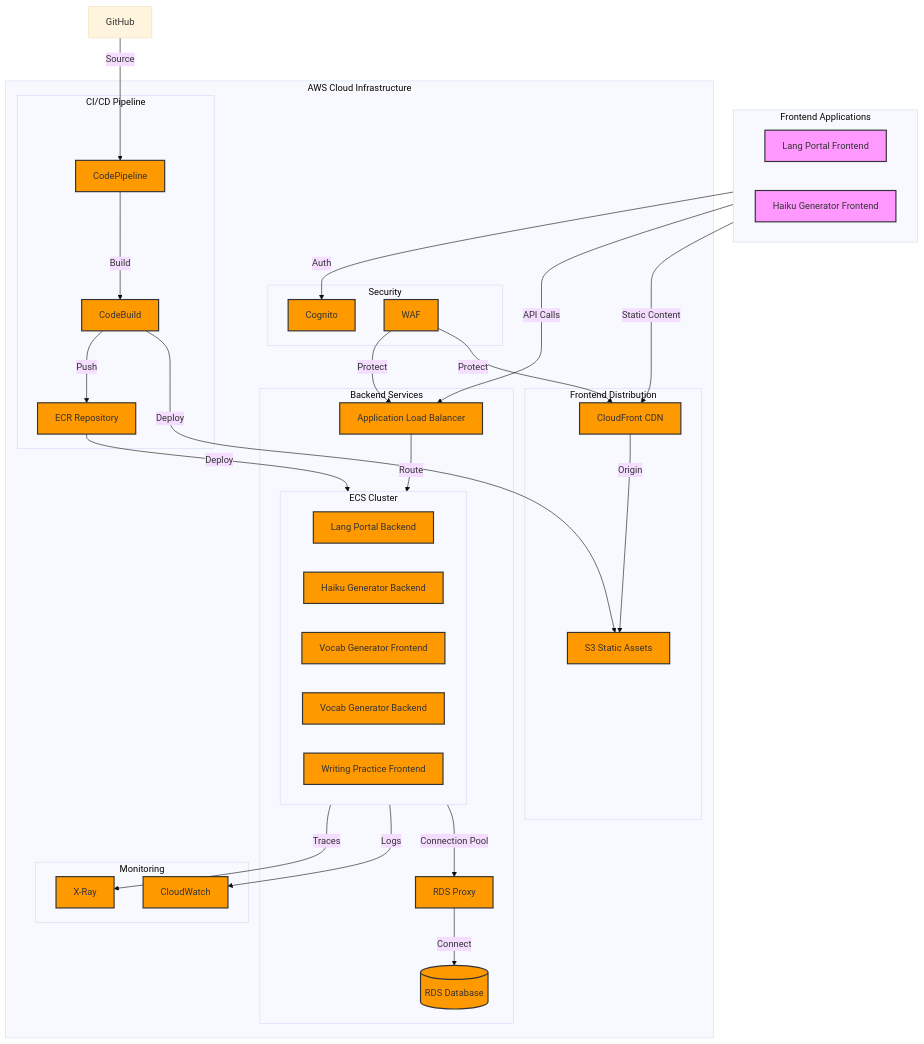
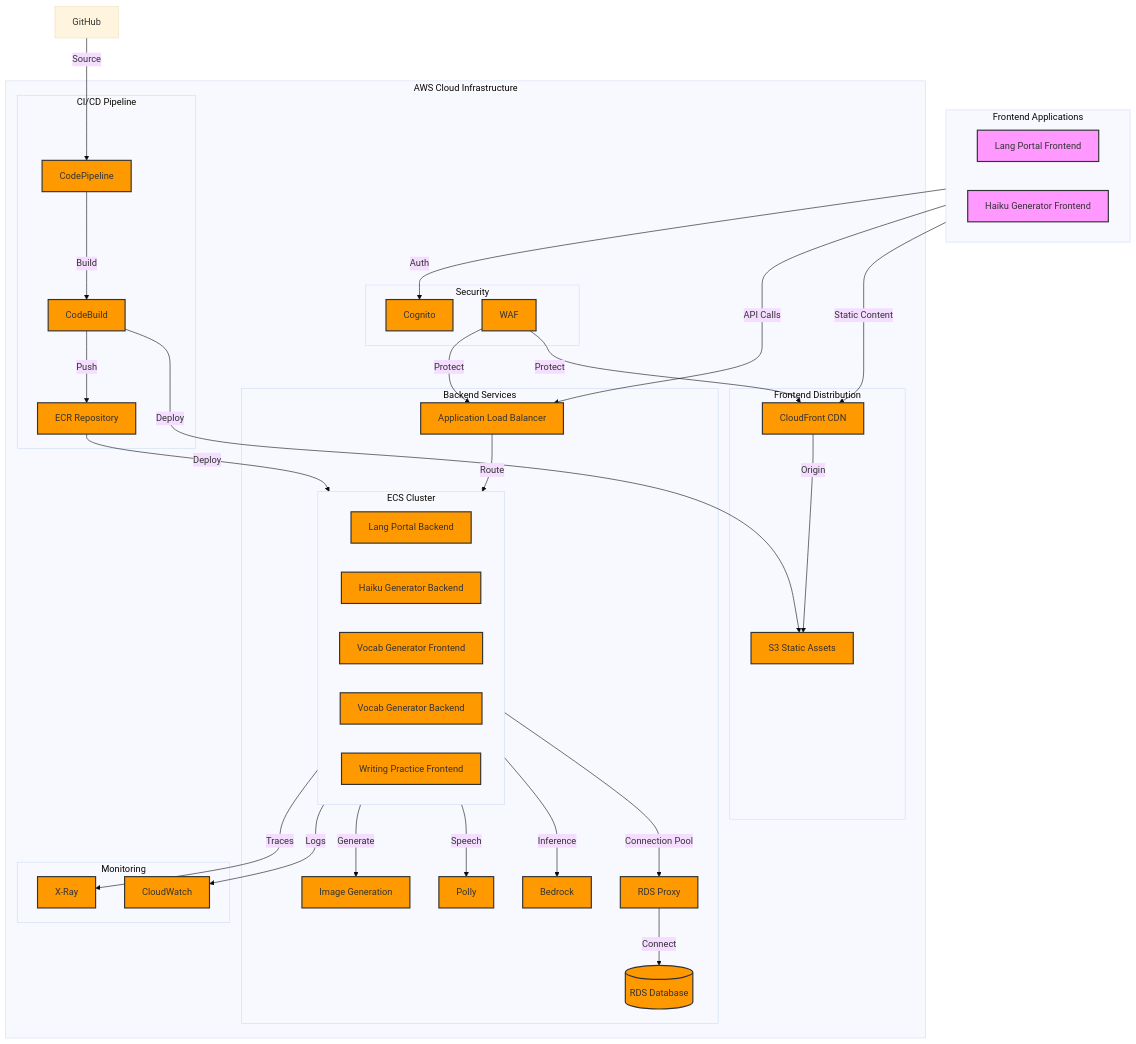
Before and after one commit to danielwohlgemuth/free-genai-bootcamp-2025: the first of 12 diagrams in aws/AWS-Tech-Specs-v3.md, drawn with Mermaid (base theme). The commit also changed other lines of this file, not shown here.

```diff
--- a/aws/AWS-Tech-Specs-v3.md
+++ b/aws/AWS-Tech-Specs-v3.md
@@ -36,9 +36,15 @@
             ECS
             RDS[(RDS Database)]
             PROXY[RDS Proxy]
+            BDR[Bedrock]
+            PLY[Polly]
+            IMG[Image Generation]
             style ALB fill:#FF9900,stroke:#333,stroke-width:2px,color:#333
             style RDS fill:#FF9900,stroke:#333,stroke-width:2px,color:#333
             style PROXY fill:#FF9900,stroke:#333,stroke-width:2px,color:#333
+            style BDR fill:#FF9900,stroke:#333,stroke-width:2px,color:#333
+            style PLY fill:#FF9900,stroke:#333,stroke-width:2px,color:#333
+            style IMG fill:#FF9900,stroke:#333,stroke-width:2px,color:#333
         end
         
         subgraph Security
@@ -71,6 +77,9 @@
     FrontendApplications -->|API Calls| ALB
     ALB -->|Route| ECS
     ECS -->|Connection Pool| PROXY
+    ECS -->|Inference| BDR
+    ECS -->|Speech| PLY
+    ECS -->|Generate| IMG
     PROXY -->|Connect| RDS
     FrontendApplications -->|Auth| COG
     WAF -->|Protect| CF
```
